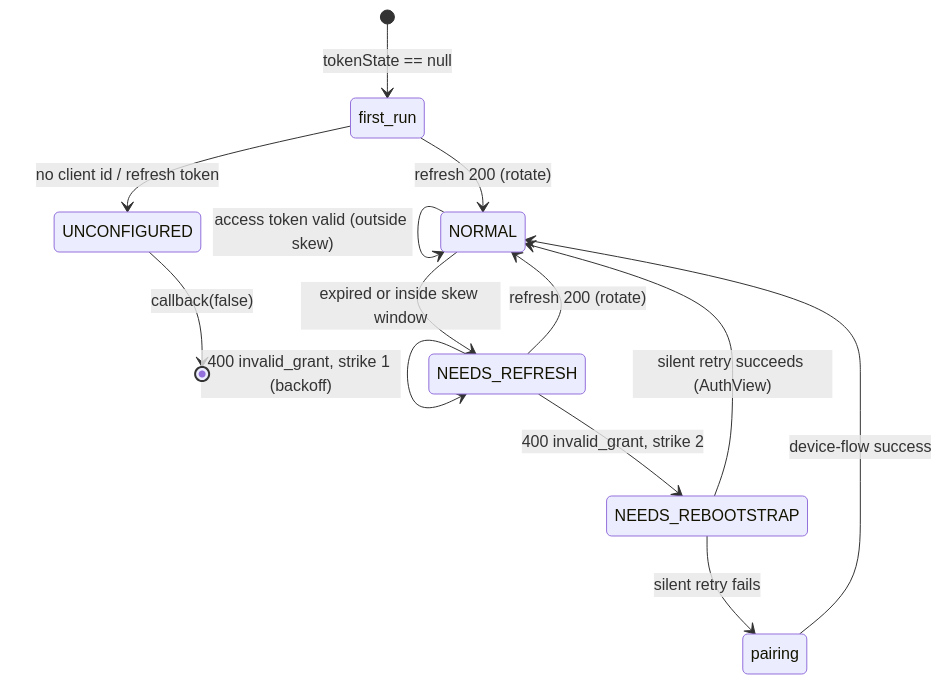
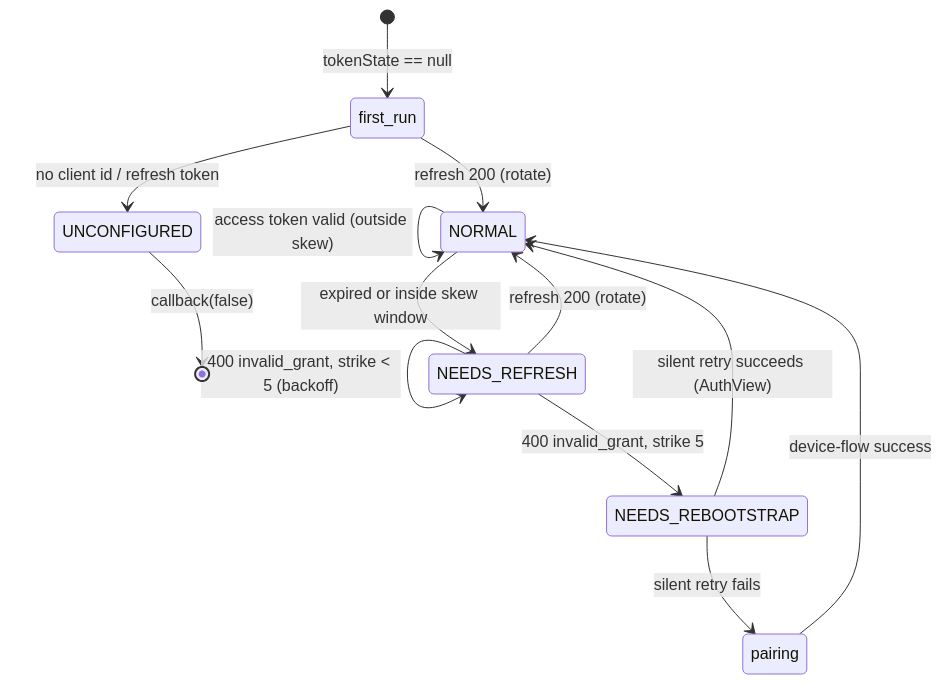
One commit to viper-sl/grm_bmw_widget changed the sixth of 10 diagrams in docs/ARCHITECTURE.md. Above: the diagram before and after it, drawn with Mermaid. The commit also changed other lines of this file and 2 other files, not shown here.

Commit message:
fix(auth): require 5 invalid_grant strikes before latching re-auth
Two was thin corroboration for a one-way door. Five demands a clear run of
rejections before the widget concludes the grant is dead.

The cost is only a delayed prompt, never lost data: below the threshold the
pages keep showing cached values under the "No connection" note, and
Settings -> Re-pair stays available. A user tapping START burns the strikes
immediately; an unattended watch spreads them over the doubling backoff
(40 m, 80 m, 160 m, 4 h, 4 h) and latches in ~12 h.

The corroboration test now loops off GRANT_STRIKES_TO_LATCH so changing the
threshold can't leave it asserting the old rule.

````diff
--- a/docs/ARCHITECTURE.md
+++ b/docs/ARCHITECTURE.md
@@ -250,18 +250,18 @@
 ```mermaid
 stateDiagram-v2
     [*] --> first_run: tokenState == null
     first_run --> NORMAL: refresh 200 (rotate)
     first_run --> UNCONFIGURED: no client id / refresh token
 
     NORMAL --> NORMAL: access token valid (outside skew)
     NORMAL --> NEEDS_REFRESH: expired or inside skew window
     NEEDS_REFRESH --> NORMAL: refresh 200 (rotate)
     NEEDS_REFRESH --> NEEDS_REFRESH: transient 5xx / -104 (backoff)
-    NEEDS_REFRESH --> NEEDS_REFRESH: 400 invalid_grant, strike 1 (backoff)
-    NEEDS_REFRESH --> NEEDS_REBOOTSTRAP: 400 invalid_grant, strike 2
+    NEEDS_REFRESH --> NEEDS_REFRESH: 400 invalid_grant, strike < 5 (backoff)
+    NEEDS_REFRESH --> NEEDS_REBOOTSTRAP: 400 invalid_grant, strike 5
 
     UNCONFIGURED --> [*]: callback(false)
     NEEDS_REBOOTSTRAP --> NORMAL: silent retry succeeds (AuthView)
     NEEDS_REBOOTSTRAP --> pairing: silent retry fails
     pairing --> NORMAL: device-flow success
 ```
````
